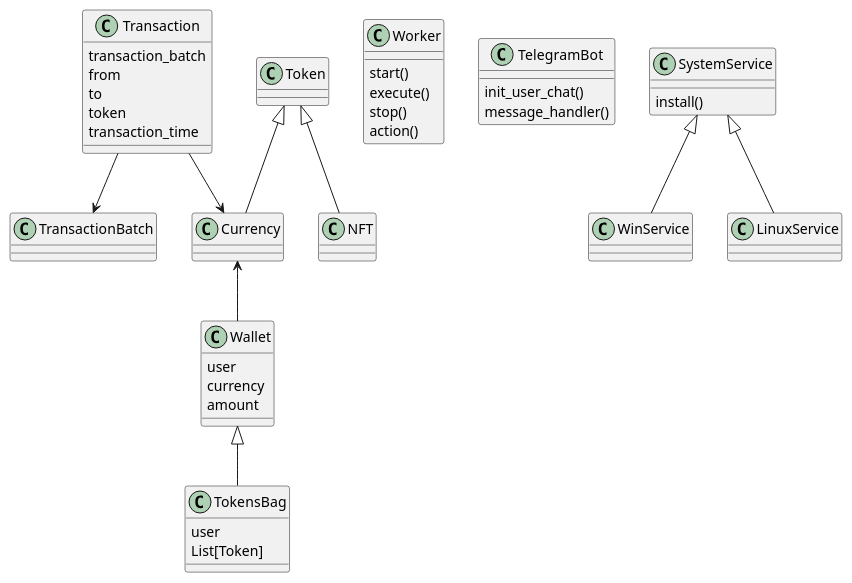
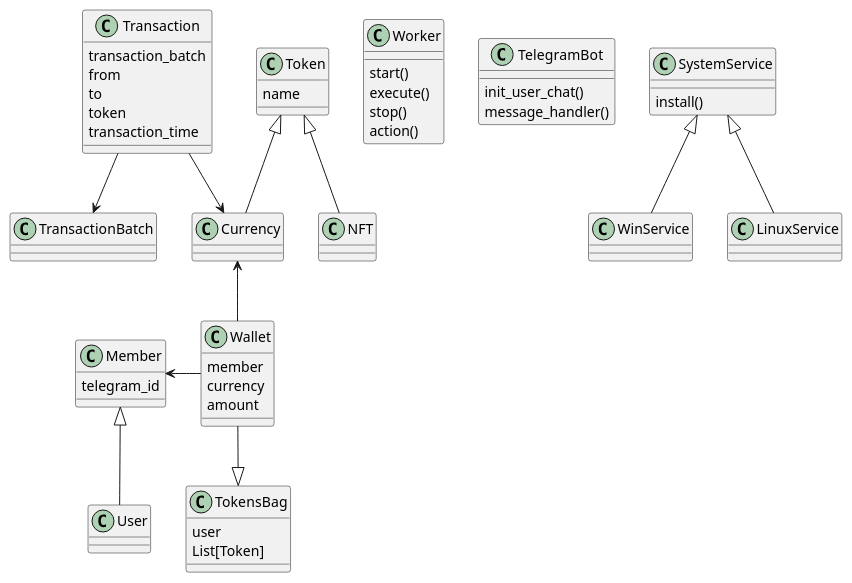
Before and after one commit to nagvalhm/marat: the diagram in uml/model.wsd, drawn with PlantUML. The commit also changed 14 other files, not shown here.

```diff
--- a/uml/model.wsd
+++ b/uml/model.wsd
@@ -1,55 +1,69 @@
 class Worker{
     start()
     execute()
     stop()
     action()
 }
 
 
 class TelegramBot{
     init_user_chat()
     message_handler()
 }
 
 class Transaction{
     transaction_batch
     from
     to
     token
     transaction_time
 }
 
 class TransactionBatch{}
 
 class TokensBag{
     user
     List[Token]
 }
 
+class User{
+
+}
+
+class Member{
+    telegram_id
+}
+
 class Wallet{
-    user
+    member
     currency
     amount
 }
 
-class Token{}
+
+class Token{
+    name
+}
+
 class Currency{}
 class NFT{}
 
 class SystemService{
     install()
 }
 class WinService{}
 class LinuxService{}
 
 SystemService <|-- WinService
 SystemService <|-- LinuxService
 
+Member <|-- User
 Token <|-- Currency
 Token <|-- NFT
 
 Wallet -up-> Currency
+Wallet -left-> Member
 Transaction --> TransactionBatch
 Transaction --> Currency
 
-Wallet <|-- TokensBag
+Wallet --|> TokensBag
```
